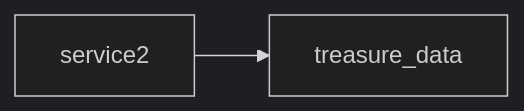
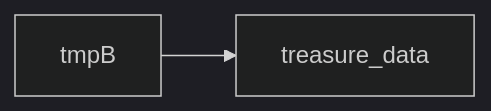
Before and after one commit to Yuji-Doken/tmpB: the diagram in README.md, drawn with Mermaid (dark theme).

````diff
--- a/README.md
+++ b/README.md
@@ -3,4 +3,4 @@
 ```mermaid
 flowchart LR
-    service2 --> treasure_data
+    tmpB --> treasure_data
 ```
````
